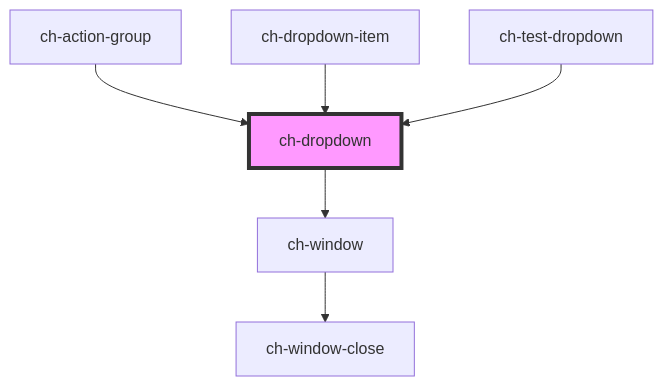
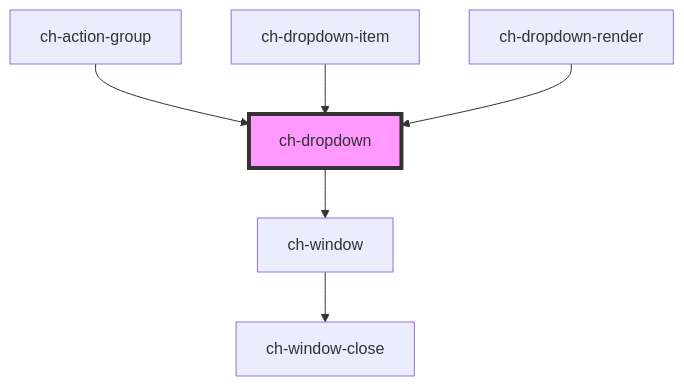
One commit to genexuslabs/chameleon-controls-library changed the diagram in src/components/dropdown/readme.md. Above: the diagram before and after it, drawn with Mermaid. The commit also changed other lines of this file and 6 other files, not shown here.

````diff
--- a/src/components/dropdown/readme.md
+++ b/src/components/dropdown/readme.md
@@ -91,9 +91,9 @@
 ```mermaid
 graph TD;
   ch-dropdown --> ch-window
   ch-window --> ch-window-close
   ch-action-group --> ch-dropdown
   ch-dropdown-item --> ch-dropdown
-  ch-test-dropdown --> ch-dropdown
+  ch-dropdown-render --> ch-dropdown
   style ch-dropdown fill:#f9f,stroke:#333,stroke-width:4px
 ```
````
